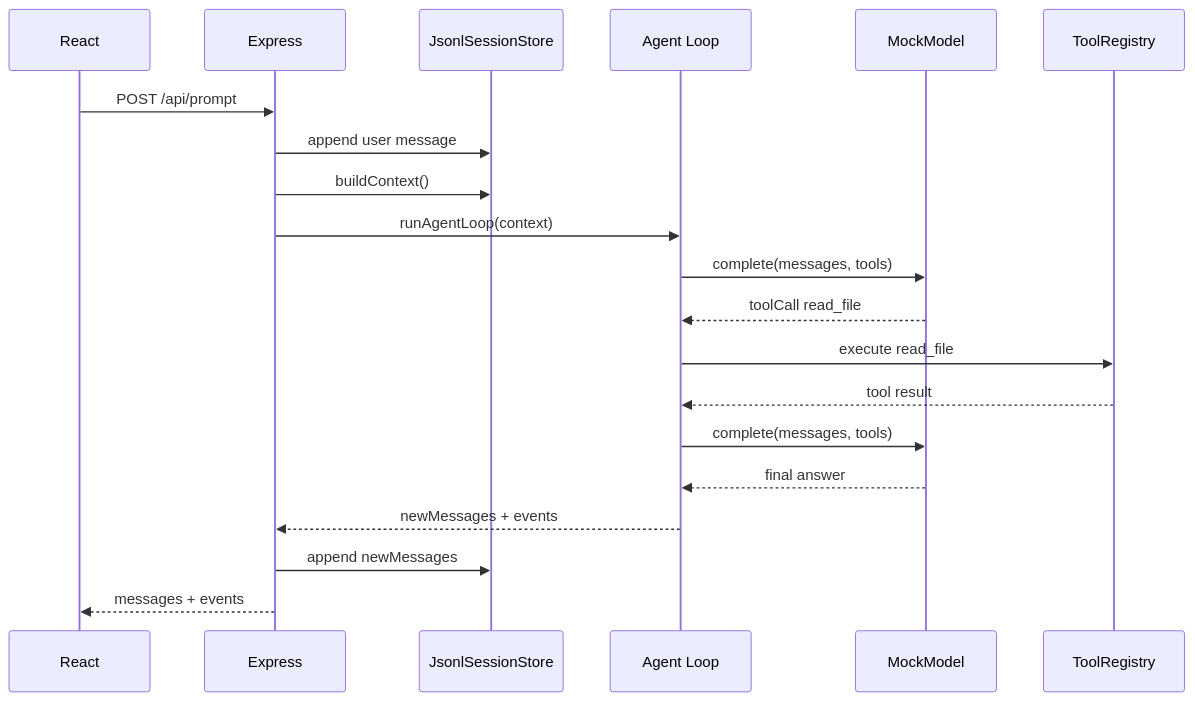
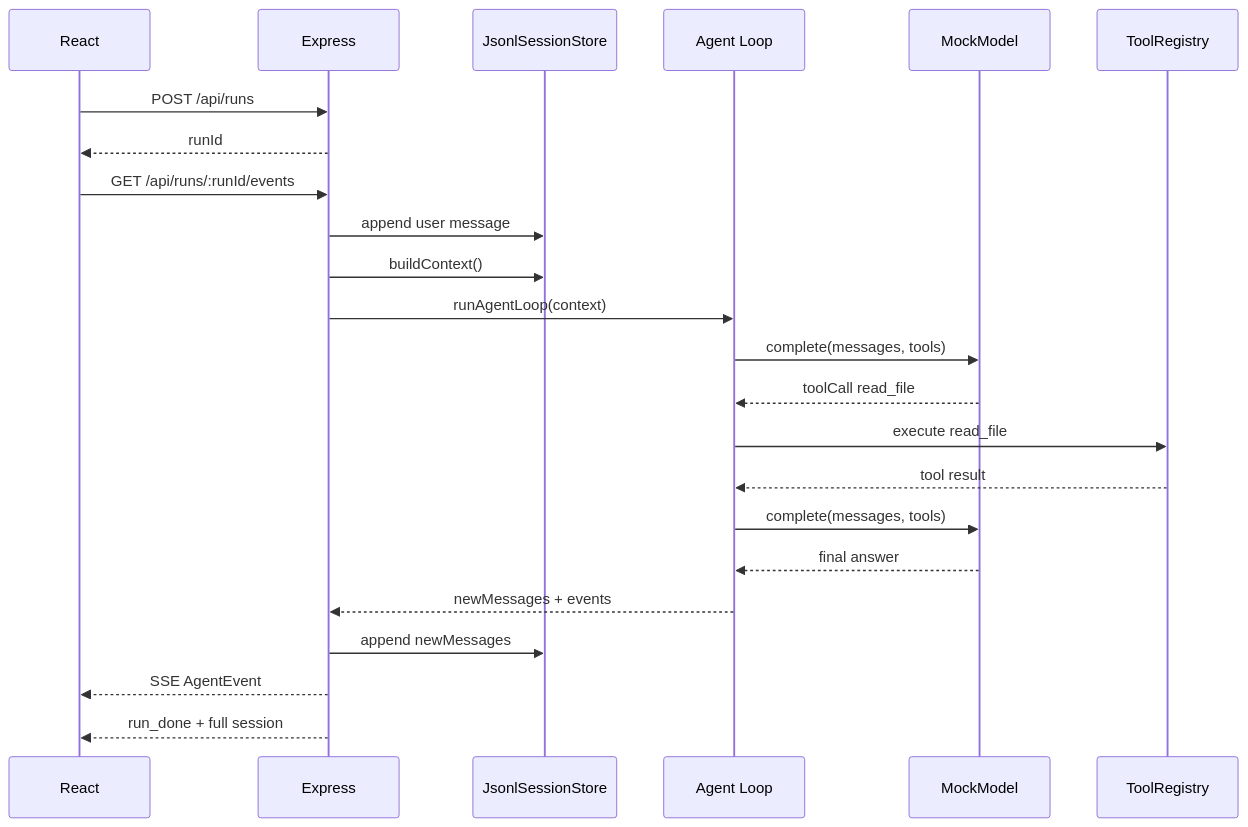
Before and after one commit to cellinlab/how-pi-agent-works: the second of 2 diagrams in docs/project/overview.md, drawn with Mermaid. The commit also changed other lines of this file and 4 other files, not shown here.

````diff
--- a/docs/project/overview.md
+++ b/docs/project/overview.md
@@ -59,23 +59,26 @@
 ```mermaid
 sequenceDiagram
   participant UI as React
   participant API as Express
   participant Store as JsonlSessionStore
   participant AgentLoop as Agent Loop
   participant Model as MockModel
   participant Tool as ToolRegistry
 
-  UI->>API: POST /api/prompt
+  UI->>API: POST /api/runs
+  API-->>UI: runId
+  UI->>API: GET /api/runs/:runId/events
   API->>Store: append user message
   API->>Store: buildContext()
   API->>AgentLoop: runAgentLoop(context)
   AgentLoop->>Model: complete(messages, tools)
   Model-->>AgentLoop: toolCall read_file
   AgentLoop->>Tool: execute read_file
   Tool-->>AgentLoop: tool result
   AgentLoop->>Model: complete(messages, tools)
   Model-->>AgentLoop: final answer
   AgentLoop-->>API: newMessages + events
   API->>Store: append newMessages
-  API-->>UI: messages + events
+  API-->>UI: SSE AgentEvent
+  API-->>UI: run_done + full session
 ```
````
